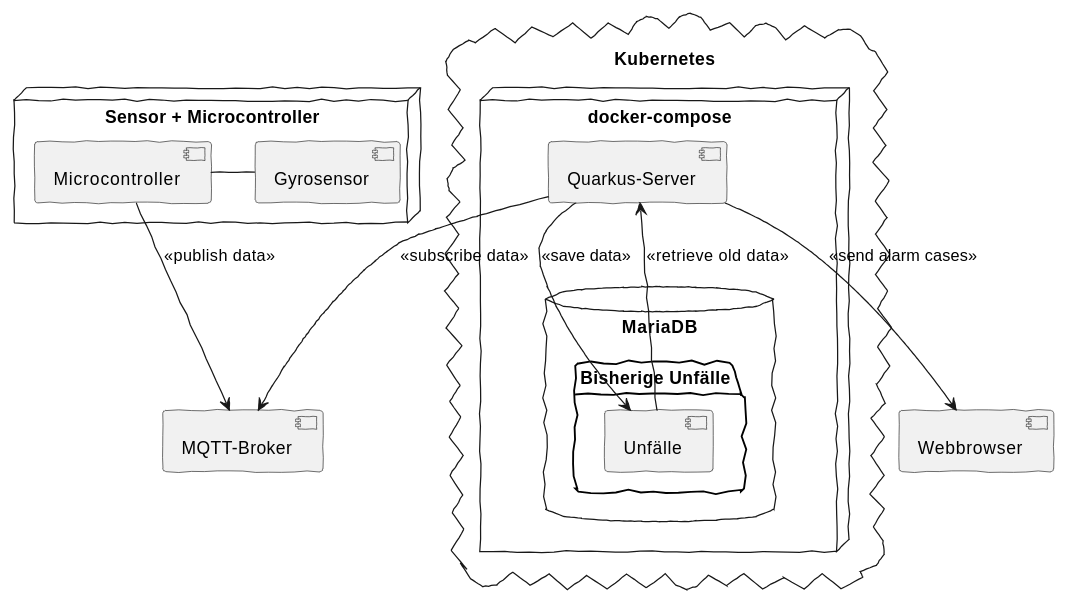
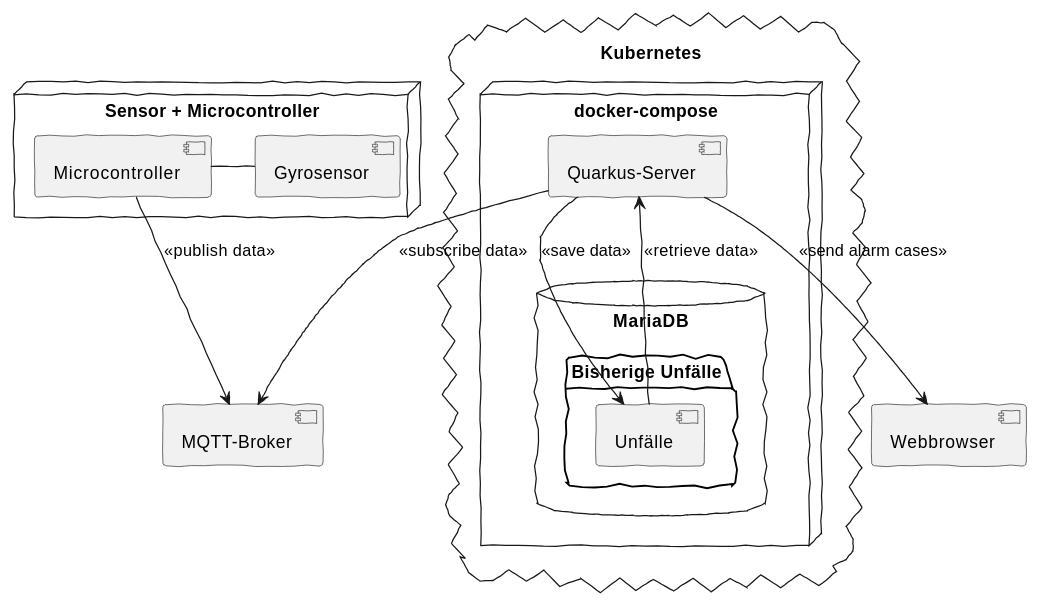
The second of 4 diagrams in asciidocs/index.adoc (KonstantinFrank01/safer-pool-docs), drawn with PlantUML before and after one commit. The commit also changed other lines of this file, not shown here.

Commit message:
Change some information in the system specification based on our meeting with prof. stuetz on tuesday 25-03-20 and improve the use-case-diagram

```diff
--- a/asciidocs/index.adoc
+++ b/asciidocs/index.adoc
@@ -98,30 +92,30 @@
 [plantuml]
 ----
 @startuml
 skinparam handwritten true
 cloud "Kubernetes" {
     node "docker-compose" {
         [Quarkus-Server]
         database "MariaDB" {
             folder "Bisherige Unfälle" {
                 [Unfälle]
             }
         }
     }
 }
 
 node "Sensor + Microcontroller" {
     [Microcontroller] - [Gyrosensor]
 }
 
 [MQTT-Broker]
 [Webbrowser]
 
 [Microcontroller] --> [MQTT-Broker] : << publish data >>
 [Quarkus-Server] --> [MQTT-Broker] : << subscribe data >>
 [Quarkus-Server] --> [Webbrowser] : << send alarm cases >>
 [Quarkus-Server] --> [Unfälle] : << save data >>
-[Unfälle] --> [Quarkus-Server] : << retrieve old data >>
+[Unfälle] --> [Quarkus-Server] : << retrieve data >>
 
 @enduml
 ----
```
